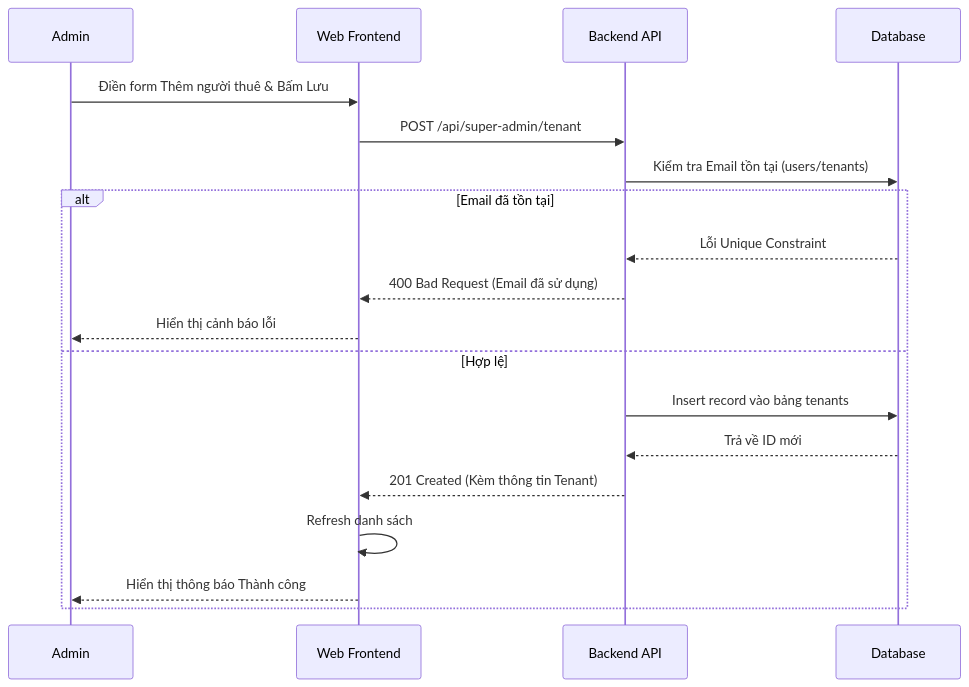
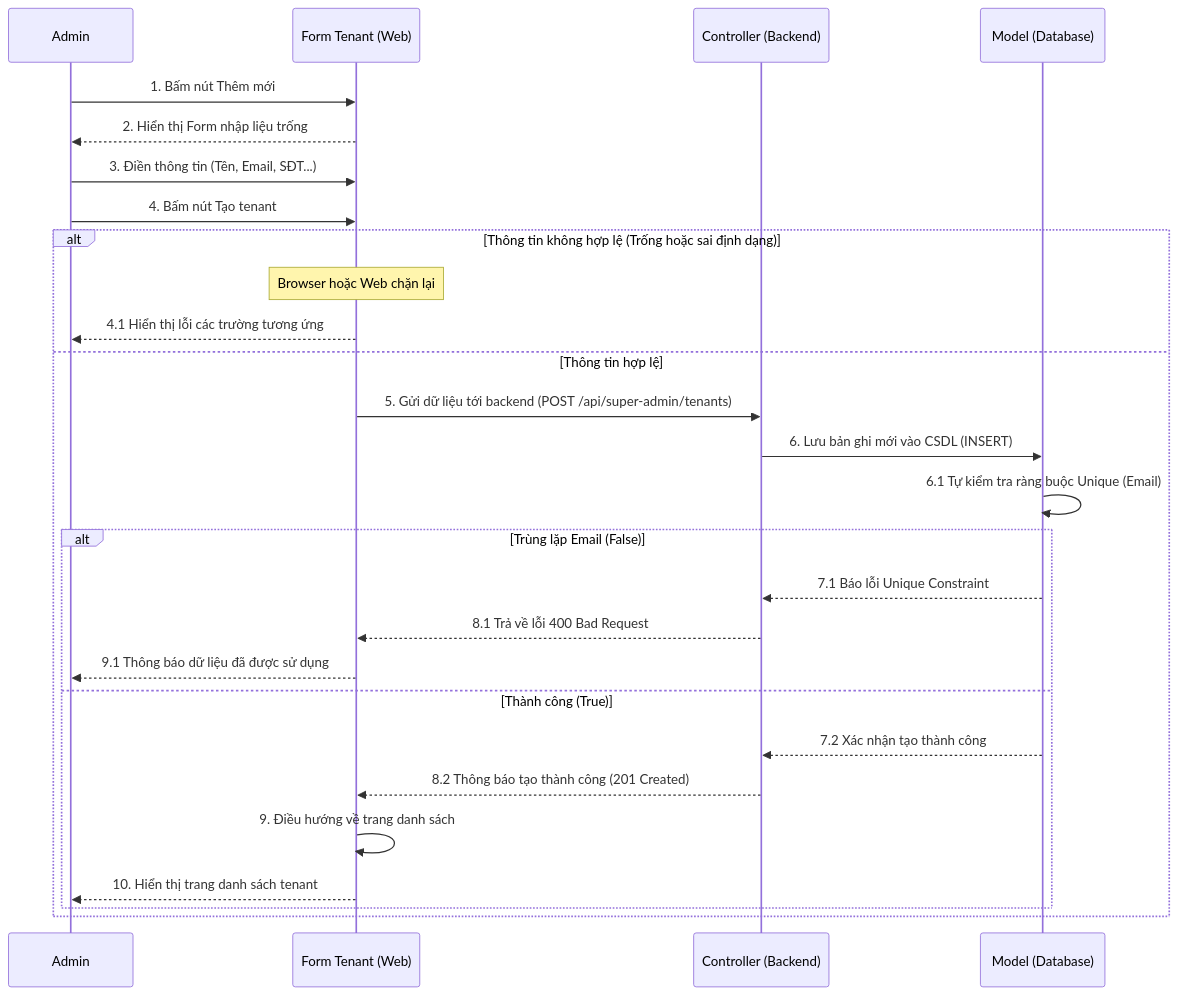
One commit to ngogiaquyen/acw-srs changed the third of 13 diagrams in documents/sequence-diagrams.md. Above: the diagram before and after it, drawn with Mermaid. The commit also changed other lines of this file and 5 other files, not shown here.

````diff
--- a/documents/sequence-diagrams.md
+++ b/documents/sequence-diagrams.md
@@ -39,23 +80,32 @@
 ```mermaid
 sequenceDiagram
     participant A as Admin
-    participant W as Web Frontend
-    participant B as Backend API
-    participant D as Database
+    participant W as Form Tenant (Web)
+    participant B as Controller (Backend)
+    participant D as Model (Database)
 
-    A->>W: Điền form Thêm người thuê & Bấm Lưu
-    W->>B: POST /api/super-admin/tenant
-    B->>D: Kiểm tra Email tồn tại (users/tenants)
-    
-    alt Email đã tồn tại
-        D-->>B: Lỗi Unique Constraint
-        B-->>W: 400 Bad Request (Email đã sử dụng)
-        W-->>A: Hiển thị cảnh báo lỗi
-    else Hợp lệ
-        B->>D: Insert record vào bảng tenants
-        D-->>B: Trả về ID mới
-        B-->>W: 201 Created (Kèm thông tin Tenant)
-        W->>W: Refresh danh sách
-        W-->>A: Hiển thị thông báo Thành công
+    A->>W: 1. Bấm nút Thêm mới
+    W-->>A: 2. Hiển thị Form nhập liệu trống
+    A->>W: 3. Điền thông tin (Tên, Email, SĐT...)
+    A->>W: 4. Bấm nút Tạo tenant
+
+    alt Thông tin không hợp lệ (Trống hoặc sai định dạng)
+        Note over W: Browser hoặc Web chặn lại
+        W-->>A: 4.1 Hiển thị lỗi các trường tương ứng
+    else Thông tin hợp lệ
+        W->>B: 5. Gửi dữ liệu tới backend (POST /api/super-admin/tenants)
+        B->>D: 6. Lưu bản ghi mới vào CSDL (INSERT)
+        D->>D: 6.1 Tự kiểm tra ràng buộc Unique (Email)
+
+        alt Trùng lặp Email (False)
+            D-->>B: 7.1 Báo lỗi Unique Constraint
+            B-->>W: 8.1 Trả về lỗi 400 Bad Request
+            W-->>A: 9.1 Thông báo dữ liệu đã được sử dụng
+        else Thành công (True)
+            D-->>B: 7.2 Xác nhận tạo thành công
+            B-->>W: 8.2 Thông báo tạo thành công (201 Created)
+            W->>W: 9. Điều hướng về trang danh sách
+            W-->>A: 10. Hiển thị trang danh sách tenant
+        end
     end
 ```
````
